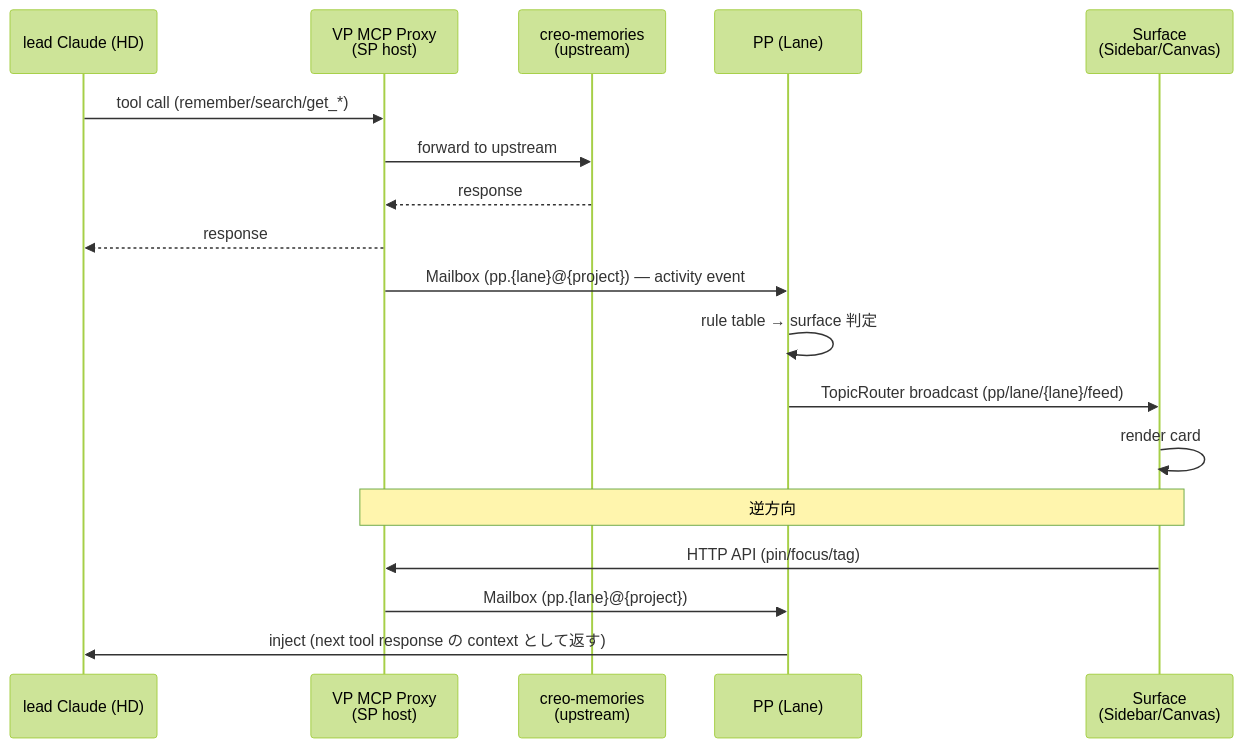
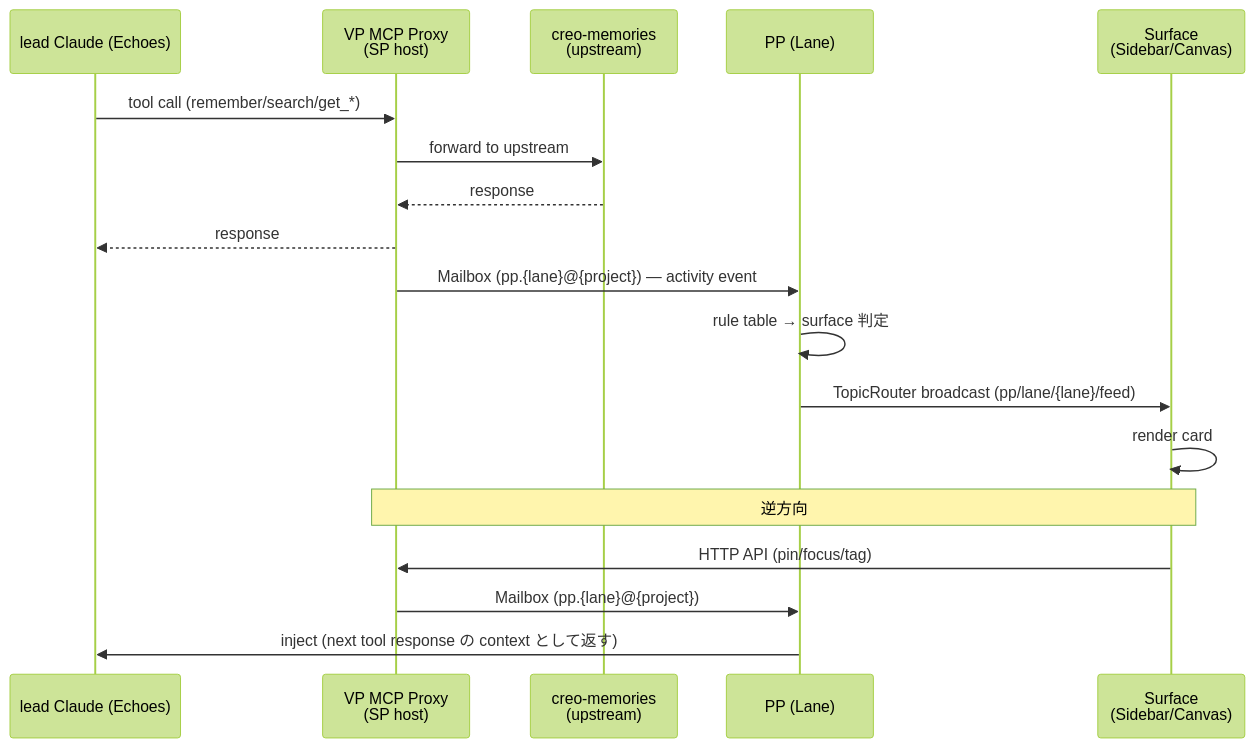
The second of 2 diagrams in docs/design/13-paisley-park-revival.md (chronista-club/vantage-point), drawn with Mermaid (forest theme) before and after one commit. The commit also changed other lines of this file and 32 other files, not shown here.

````diff
--- a/docs/design/13-paisley-park-revival.md
+++ b/docs/design/13-paisley-park-revival.md
@@ -205,22 +205,22 @@
 ```mermaid
 sequenceDiagram
-    participant CC as lead Claude (HD)
+    participant CC as lead Claude (Echoes)
     participant VP as VP MCP Proxy<br/>(SP host)
     participant CM as creo-memories<br/>(upstream)
     participant PP as PP (Lane)
     participant UI as Surface<br/>(Sidebar/Canvas)
 
     CC->>VP: tool call (remember/search/get_*)
     VP->>CM: forward to upstream
     CM-->>VP: response
     VP-->>CC: response
     VP->>PP: Mailbox (pp.{lane}@{project}) — activity event
     PP->>PP: rule table → surface 判定
     PP->>UI: TopicRouter broadcast (pp/lane/{lane}/feed)
     UI->>UI: render card
 
     Note over UI,VP: 逆方向
     UI->>VP: HTTP API (pin/focus/tag)
     VP->>PP: Mailbox (pp.{lane}@{project})
     PP->>CC: inject (next tool response の context として返す)
 ```
````
